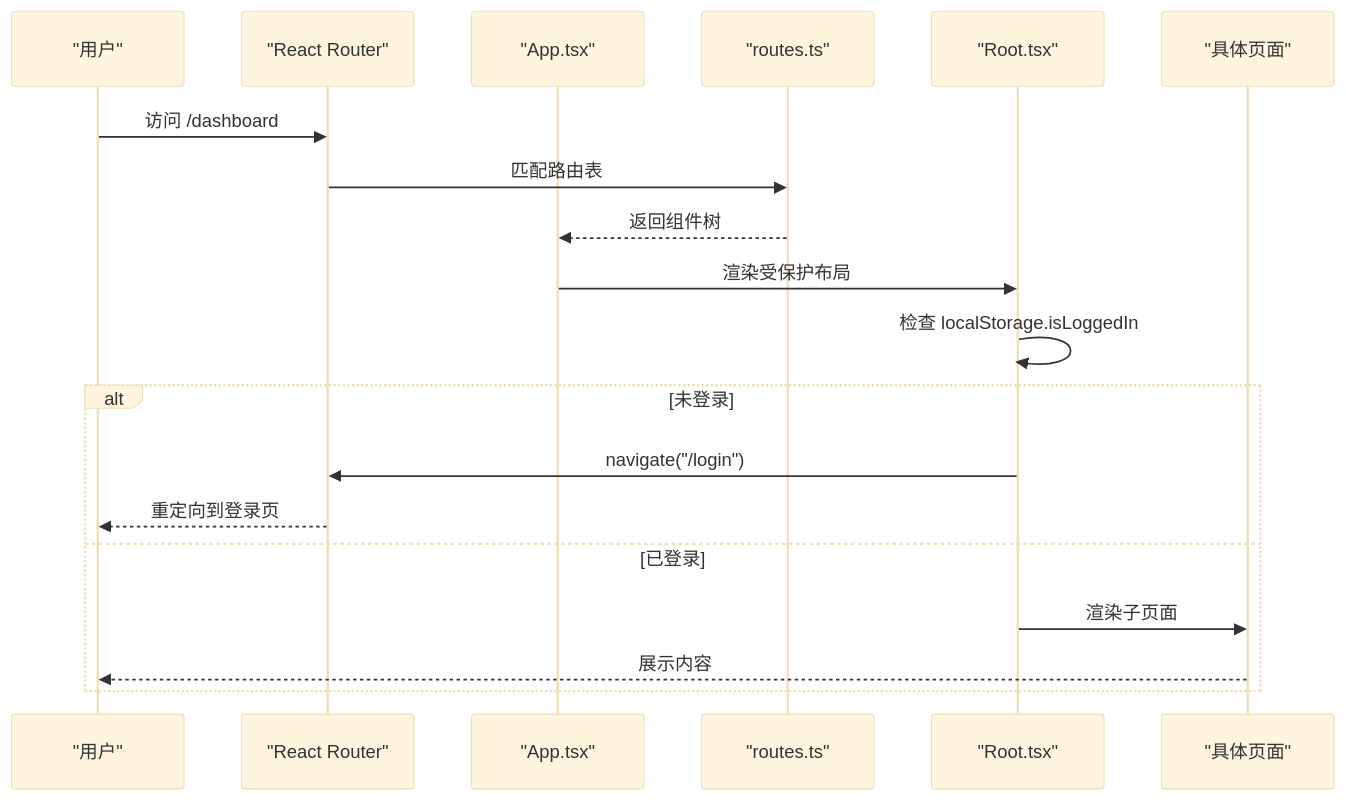
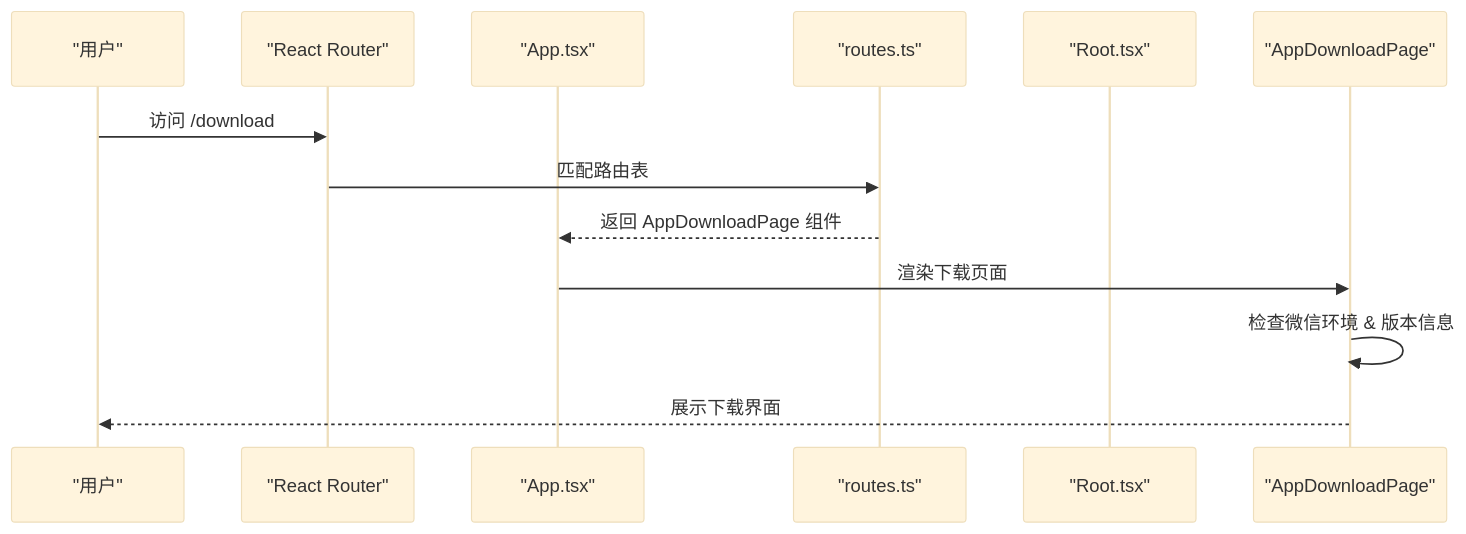
Before and after one commit to BlackWhiteBlock/med-vault-website: the second of 8 diagrams in .qoder/repowiki/zh/content/架构设计/路由系统设计.md, drawn with Mermaid (base theme). The commit also changed other lines of this file and 14 other files, not shown here.

````diff
--- a/.qoder/repowiki/zh/content/架构设计/路由系统设计.md
+++ b/.qoder/repowiki/zh/content/架构设计/路由系统设计.md
@@ -106,21 +117,15 @@
 ```mermaid
 sequenceDiagram
 participant U as "用户"
 participant RR as "React Router"
 participant APP as "App.tsx"
 participant ROUTE as "routes.ts"
 participant ROOT as "Root.tsx"
-participant PAGE as "具体页面"
-U->>RR : 访问 /dashboard
+participant DOWNLOAD as "AppDownloadPage"
+U->>RR : 访问 /download
 RR->>ROUTE : 匹配路由表
-ROUTE-->>APP : 返回组件树
-APP->>ROOT : 渲染受保护布局
-ROOT->>ROOT : 检查 localStorage.isLoggedIn
-alt 未登录
-ROOT->>RR : navigate("/login")
-RR-->>U : 重定向到登录页
-else 已登录
-ROOT->>PAGE : 渲染子页面
-PAGE-->>U : 展示内容
-end
+ROUTE-->>APP : 返回 AppDownloadPage 组件
+APP->>DOWNLOAD : 渲染下载页面
+DOWNLOAD->>DOWNLOAD : 检查微信环境 & 版本信息
+DOWNLOAD-->>U : 展示下载界面
 ```
````
